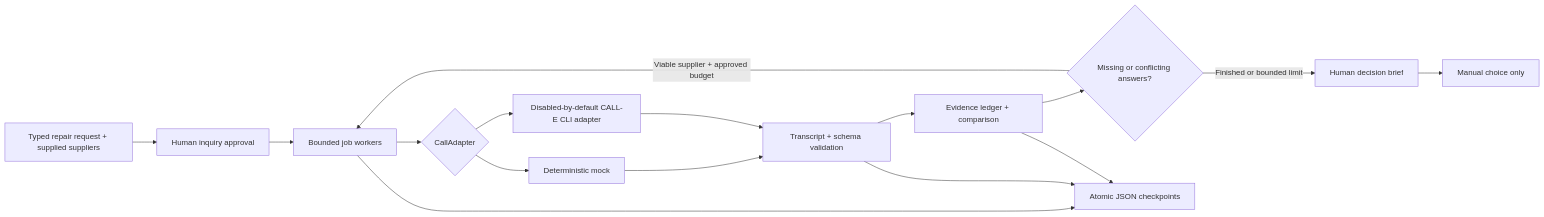
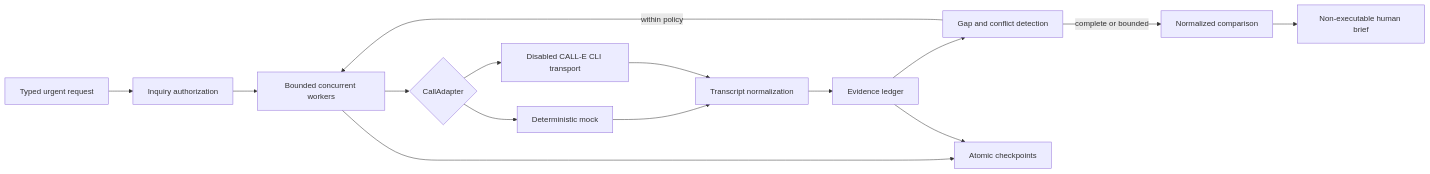
One commit to adhamcodes/partline changed the diagram in docs/architecture.md. Above: the diagram before and after it, drawn with Mermaid. The commit also changed other lines of this file and 10 other files, not shown here.

````diff
--- a/docs/architecture.md
+++ b/docs/architecture.md
@@ -3,18 +5,17 @@
 ```mermaid
 flowchart LR
-    A[Typed repair request + supplied suppliers] --> B[Human inquiry approval]
-    B --> C[Bounded job workers]
+    A[Typed urgent request] --> B[Inquiry authorization]
+    B --> C[Bounded concurrent workers]
     C --> D{CallAdapter}
     D --> M[Deterministic mock]
-    D --> L[Disabled-by-default CALL-E CLI adapter]
-    M --> E[Transcript + schema validation]
+    D --> L[Disabled CALL-E CLI transport]
+    M --> E[Transcript normalization]
     L --> E
-    E --> F[Evidence ledger + comparison]
-    F --> G{Missing or conflicting answers?}
-    G -->|Viable supplier + approved budget| C
-    G -->|Finished or bounded limit| H[Human decision brief]
-    C --> S[Atomic JSON checkpoints]
-    E --> S
+    E --> F[Evidence ledger]
+    F --> G[Gap and conflict detection]
+    G -->|within policy| C
+    G -->|complete or bounded| H[Normalized comparison]
+    H --> I[Non-executable human brief]
+    C --> S[Atomic checkpoints]
     F --> S
-    H --> I[Manual choice only]
 ```
````
